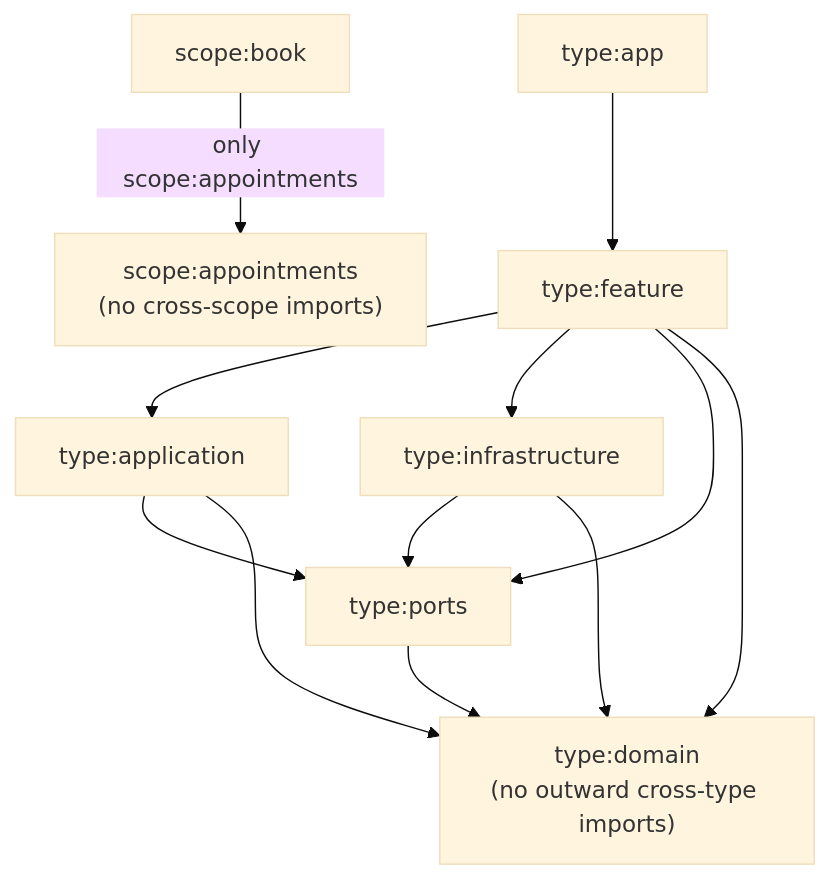
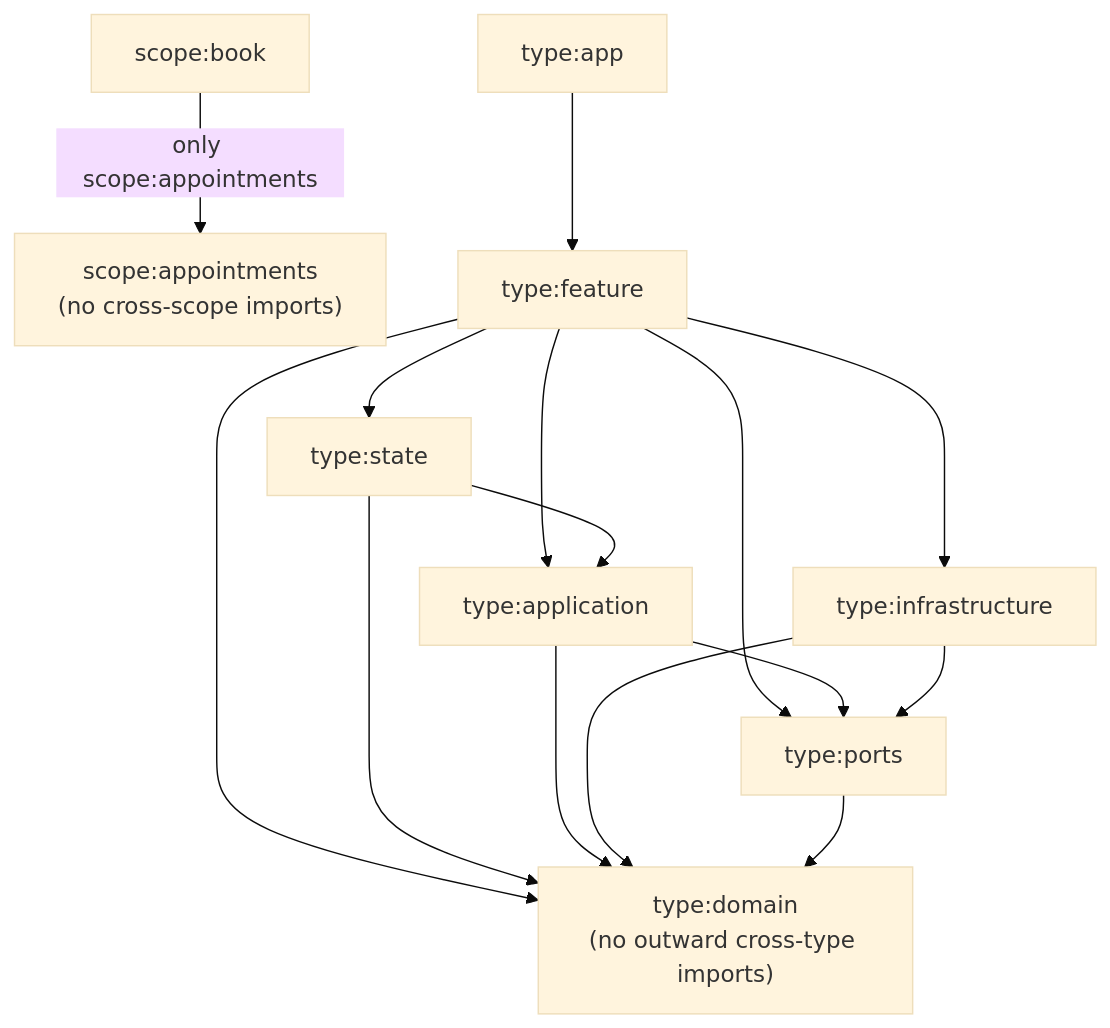
The second of 3 diagrams in README.md (Gillesf31/hexa), drawn with Mermaid (base theme) before and after one commit. The commit also changed other lines of this file and 22 other files, not shown here.

````diff
--- a/README.md
+++ b/README.md
@@ -45,15 +49,18 @@
 ```mermaid
 flowchart TB
   BOOK_SCOPE["scope:book"] -->|"only scope:appointments"| APPOINTMENTS_SCOPE["scope:appointments\n(no cross-scope imports)"]
 
   APP_TYPE["type:app"] --> FEATURE_TYPE["type:feature"]
+  FEATURE_TYPE --> STATE_TYPE["type:state"]
   FEATURE_TYPE --> APPLICATION_TYPE["type:application"]
   FEATURE_TYPE --> INFRASTRUCTURE_TYPE["type:infrastructure"]
   FEATURE_TYPE --> PORTS_TYPE["type:ports"]
   FEATURE_TYPE --> DOMAIN_TYPE["type:domain\n(no outward cross-type imports)"]
+  STATE_TYPE --> APPLICATION_TYPE
+  STATE_TYPE --> DOMAIN_TYPE
   APPLICATION_TYPE --> PORTS_TYPE
   APPLICATION_TYPE --> DOMAIN_TYPE
   INFRASTRUCTURE_TYPE --> PORTS_TYPE
   INFRASTRUCTURE_TYPE --> DOMAIN_TYPE
   PORTS_TYPE --> DOMAIN_TYPE
 ```
````
